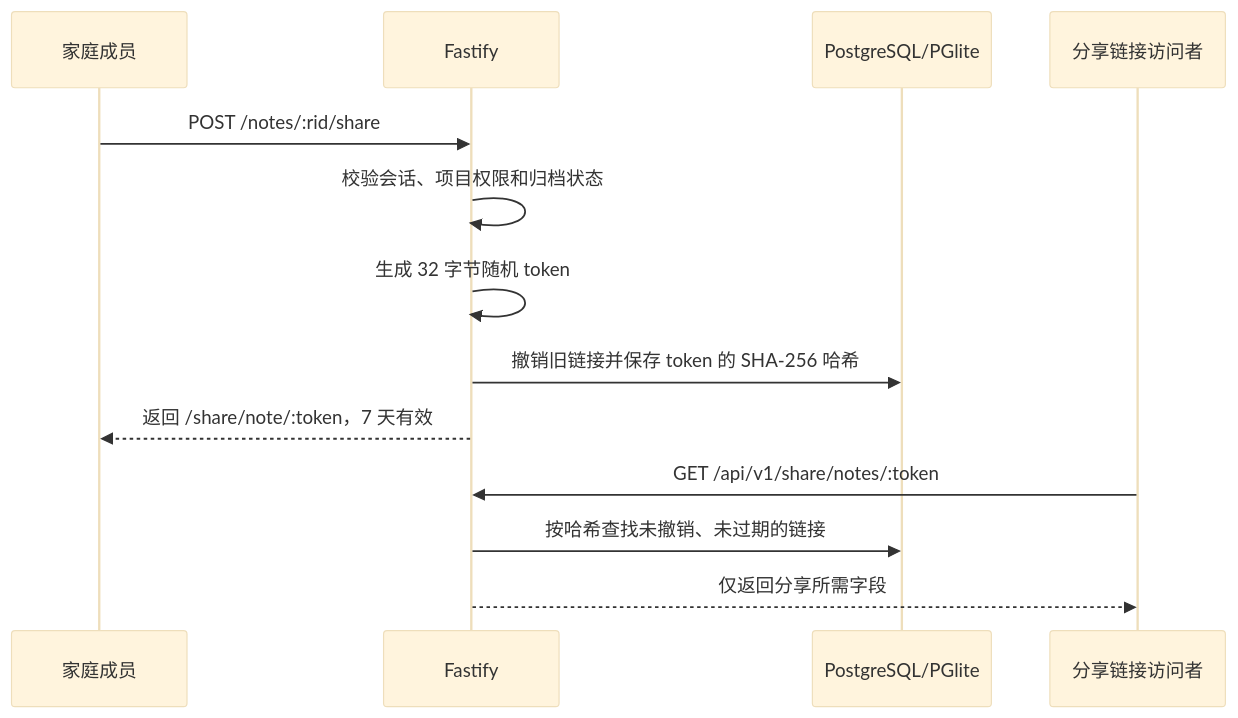
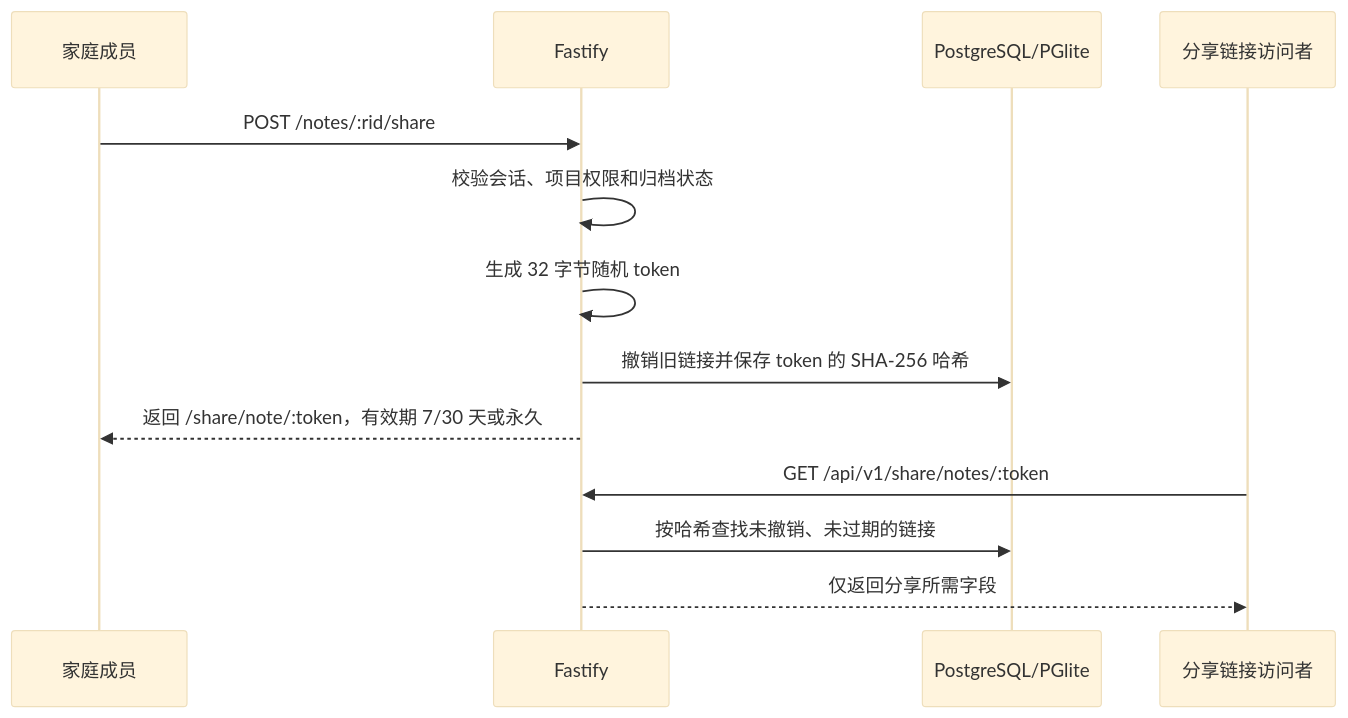
Before and after one commit to dddyszy/renovation_assistant_web: the diagram in docs/sharing-security.md, drawn with Mermaid (base theme). The commit also changed other lines of this file and 9 other files, not shown here.

````diff
--- a/docs/sharing-security.md
+++ b/docs/sharing-security.md
@@ -7,15 +7,15 @@
 ```mermaid
 sequenceDiagram
     participant Member as 家庭成员
     participant API as Fastify
     participant DB as PostgreSQL/PGlite
     participant Visitor as 分享链接访问者
     Member->>API: POST /notes/:rid/share
     API->>API: 校验会话、项目权限和归档状态
     API->>API: 生成 32 字节随机 token
     API->>DB: 撤销旧链接并保存 token 的 SHA-256 哈希
-    API-->>Member: 返回 /share/note/:token，7 天有效
+    API-->>Member: 返回 /share/note/:token，有效期 7/30 天或永久
     Visitor->>API: GET /api/v1/share/notes/:token
     API->>DB: 按哈希查找未撤销、未过期的链接
     API-->>Visitor: 仅返回分享所需字段
 ```
````
